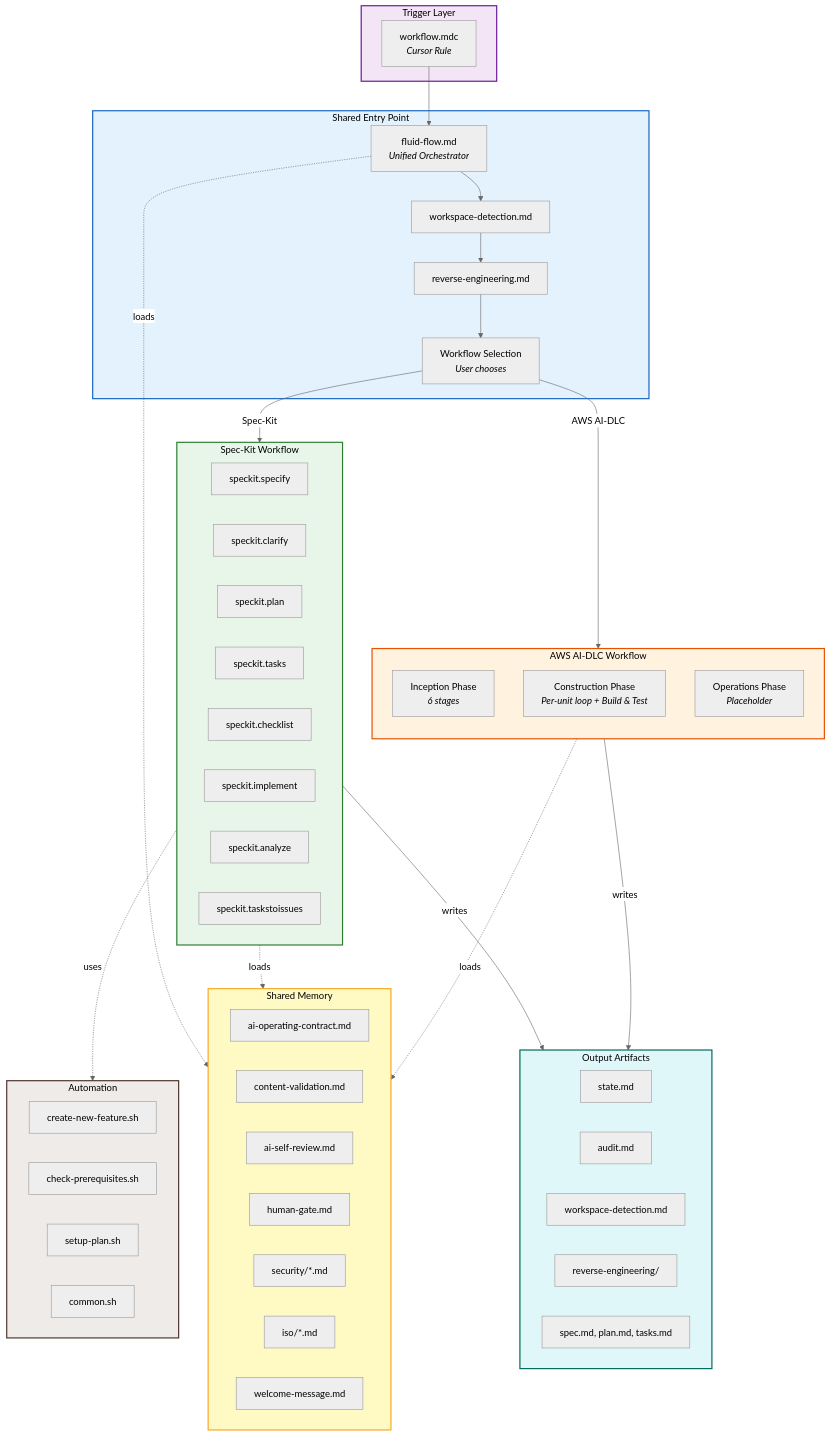
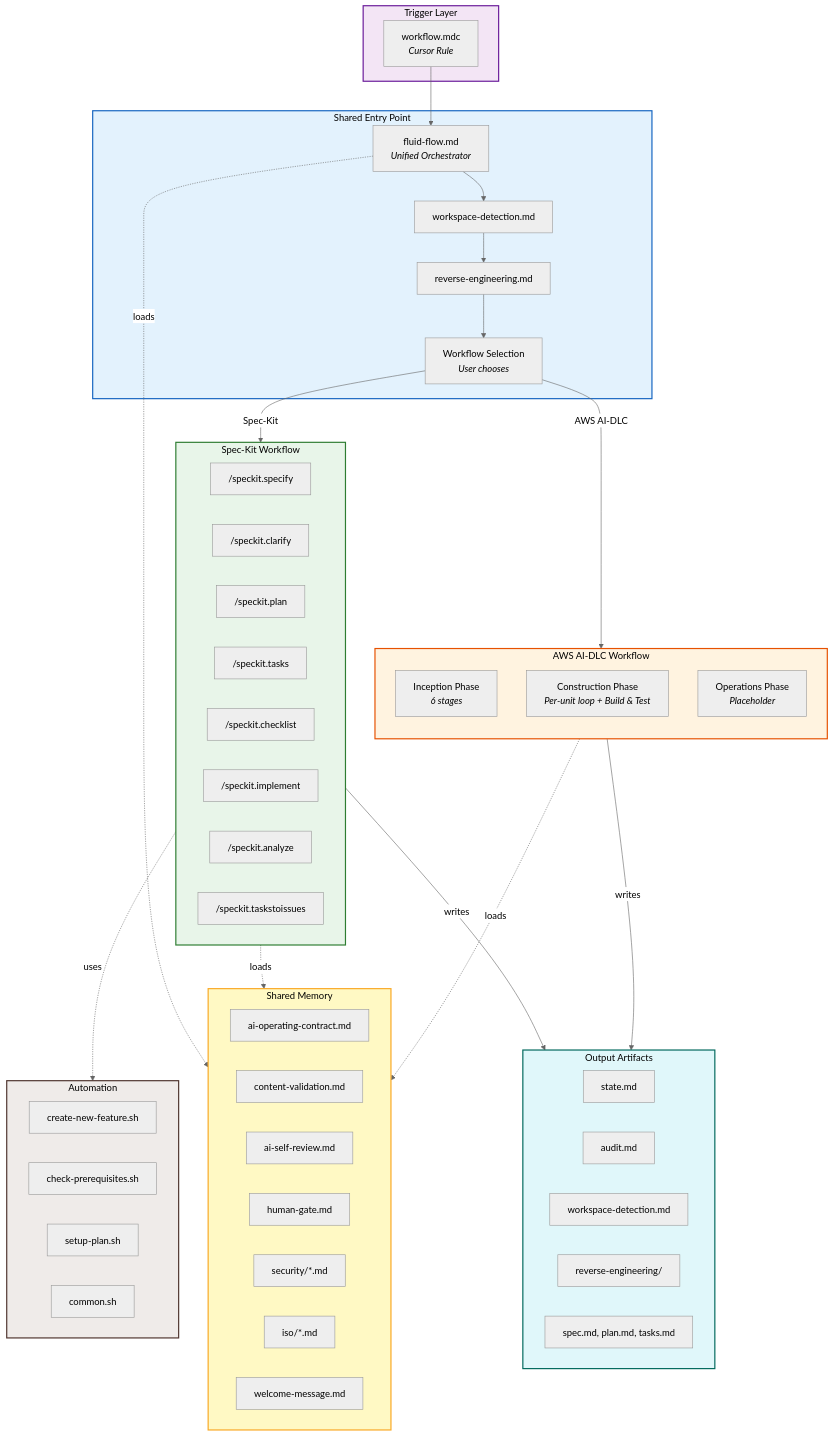
The second of 3 diagrams in docs/ARCHITECTURE.md (premkumarjanagarajan/fluid-flow-ai), drawn with Mermaid (neutral theme) before and after one commit. The commit also changed 2 other files, not shown here.

Commit message:
Fix documentation issues from PR review
- Add missing /speckit.constitution to COMMANDS.md TOC
- Fix /speckit.tasks descriptions to match actual template format
  (task IDs, [P]/[US#] labels, file paths, Independent Test criteria)
- Add leading / to Spec-Kit command labels in ARCHITECTURE.md diagram
- Show optional branches for clarify/checklist in WORKFLOWS.md diagram

````diff
--- a/docs/ARCHITECTURE.md
+++ b/docs/ARCHITECTURE.md
@@ -33,75 +33,75 @@
 ```mermaid
 flowchart TB
     subgraph TRIGGER["Trigger Layer"]
         MDC["workflow.mdc<br/><i>Cursor Rule</i>"]
     end
 
     subgraph ENTRY["Shared Entry Point"]
         FF["fluid-flow.md<br/><i>Unified Orchestrator</i>"]
         WD["workspace-detection.md"]
         RE["reverse-engineering.md"]
         WS["Workflow Selection<br/><i>User chooses</i>"]
     end
 
     subgraph MEMORY["Shared Memory"]
         AOC["ai-operating-contract.md"]
         CV["content-validation.md"]
         ASR["ai-self-review.md"]
         HG["human-gate.md"]
         SEC["security/*.md"]
         ISO["iso/*.md"]
         WM["welcome-message.md"]
     end
 
     subgraph SPECKIT["Spec-Kit Workflow"]
-        SS["speckit.specify"]
-        SC["speckit.clarify"]
-        SP["speckit.plan"]
-        ST["speckit.tasks"]
-        SCH["speckit.checklist"]
-        SI["speckit.implement"]
-        SA["speckit.analyze"]
-        STI["speckit.taskstoissues"]
+        SS["/speckit.specify"]
+        SC["/speckit.clarify"]
+        SP["/speckit.plan"]
+        ST["/speckit.tasks"]
+        SCH["/speckit.checklist"]
+        SI["/speckit.implement"]
+        SA["/speckit.analyze"]
+        STI["/speckit.taskstoissues"]
     end
 
     subgraph AIDLC["AWS AI-DLC Workflow"]
         direction TB
         INC["Inception Phase<br/><i>6 stages</i>"]
         CON["Construction Phase<br/><i>Per-unit loop + Build & Test</i>"]
         OPS["Operations Phase<br/><i>Placeholder</i>"]
     end
 
     subgraph SCRIPTS["Automation"]
         CNF["create-new-feature.sh"]
         CP["check-prerequisites.sh"]
         SPL["setup-plan.sh"]
         CMN["common.sh"]
     end
 
     subgraph ARTIFACTS["Output Artifacts"]
         STATE["state.md"]
         AUDIT["audit.md"]
         WDART["workspace-detection.md"]
         REART["reverse-engineering/"]
         SPECS["spec.md, plan.md, tasks.md"]
     end
 
     MDC --> FF
     FF --> WD --> RE --> WS
     FF -.->|loads| MEMORY
     WS -->|"Spec-Kit"| SPECKIT
     WS -->|"AWS AI-DLC"| AIDLC
     SPECKIT -.->|uses| SCRIPTS
     SPECKIT -.->|loads| MEMORY
     AIDLC -.->|loads| MEMORY
     SPECKIT -->|writes| ARTIFACTS
     AIDLC -->|writes| ARTIFACTS
 
     style TRIGGER fill:#F3E5F5,stroke:#6A1B9A,stroke-width:2px,color:#000
     style ENTRY fill:#E3F2FD,stroke:#1565C0,stroke-width:2px,color:#000
     style MEMORY fill:#FFF9C4,stroke:#F9A825,stroke-width:2px,color:#000
     style SPECKIT fill:#E8F5E9,stroke:#2E7D32,stroke-width:2px,color:#000
     style AIDLC fill:#FFF3E0,stroke:#E65100,stroke-width:2px,color:#000
     style SCRIPTS fill:#EFEBE9,stroke:#4E342E,stroke-width:2px,color:#000
     style ARTIFACTS fill:#E0F7FA,stroke:#00695C,stroke-width:2px,color:#000
 ```
````
